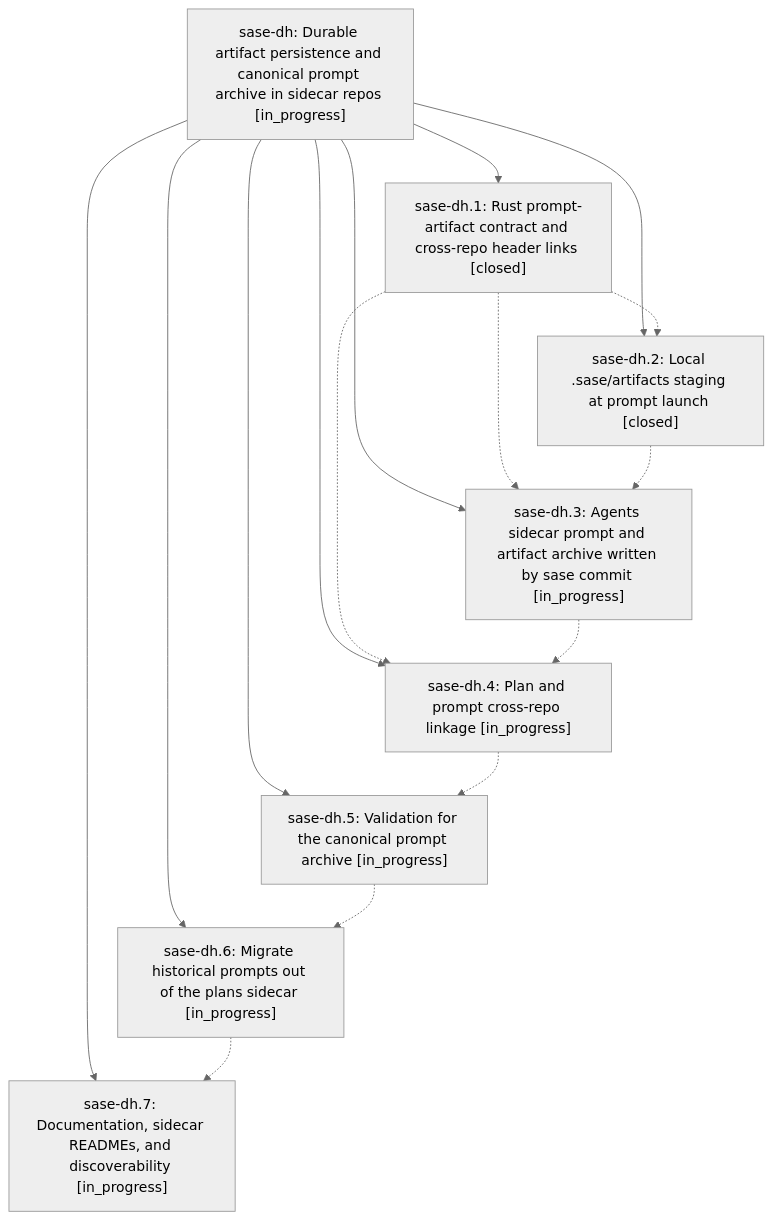
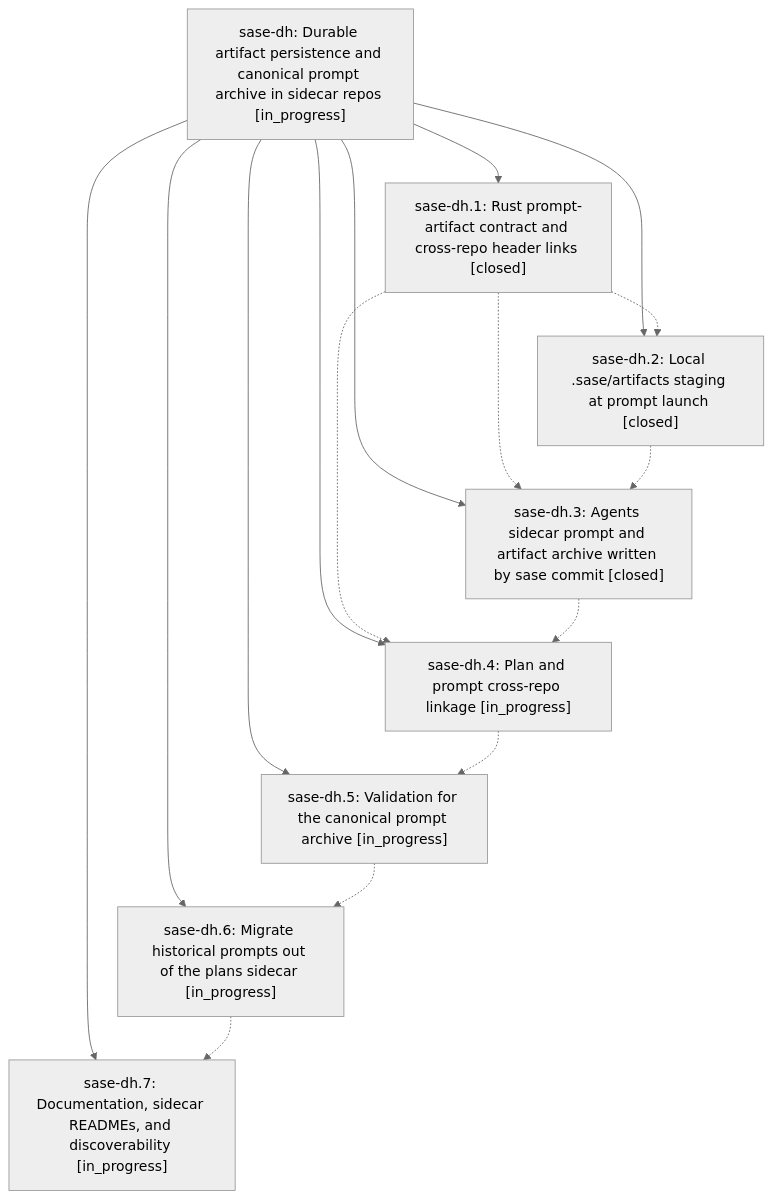
Before and after one commit to sase-org/sase--beads: the diagram in pages/sase-dh/README.md, drawn with Mermaid (neutral theme). The commit also changed other lines of this file and 4 other files, not shown here.

````diff
--- a/pages/sase-dh/README.md
+++ b/pages/sase-dh/README.md
@@ -28,26 +28,26 @@
 ```mermaid
 flowchart TD
     n0["sase-dh: Durable artifact persistence and canonical prompt archive in sidecar repos [in_progress]"]
     n1["sase-dh.1: Rust prompt-artifact contract and cross-repo header links [closed]"]
     n2["sase-dh.2: Local .sase/artifacts staging at prompt launch [closed]"]
-    n3["sase-dh.3: Agents sidecar prompt and artifact archive written by sase commit [in_progress]"]
+    n3["sase-dh.3: Agents sidecar prompt and artifact archive written by sase commit [closed]"]
     n4["sase-dh.4: Plan and prompt cross-repo linkage [in_progress]"]
     n5["sase-dh.5: Validation for the canonical prompt archive [in_progress]"]
     n6["sase-dh.6: Migrate historical prompts out of the plans sidecar [in_progress]"]
     n7["sase-dh.7: Documentation, sidecar READMEs, and discoverability [in_progress]"]
     n0 --> n1
     n0 --> n2
     n0 --> n3
     n0 --> n4
     n0 --> n5
     n0 --> n6
     n0 --> n7
     n1 -.-> n2
     n1 -.-> n3
     n1 -.-> n4
     n2 -.-> n3
     n3 -.-> n4
     n4 -.-> n5
     n5 -.-> n6
     n6 -.-> n7
 ```
````
